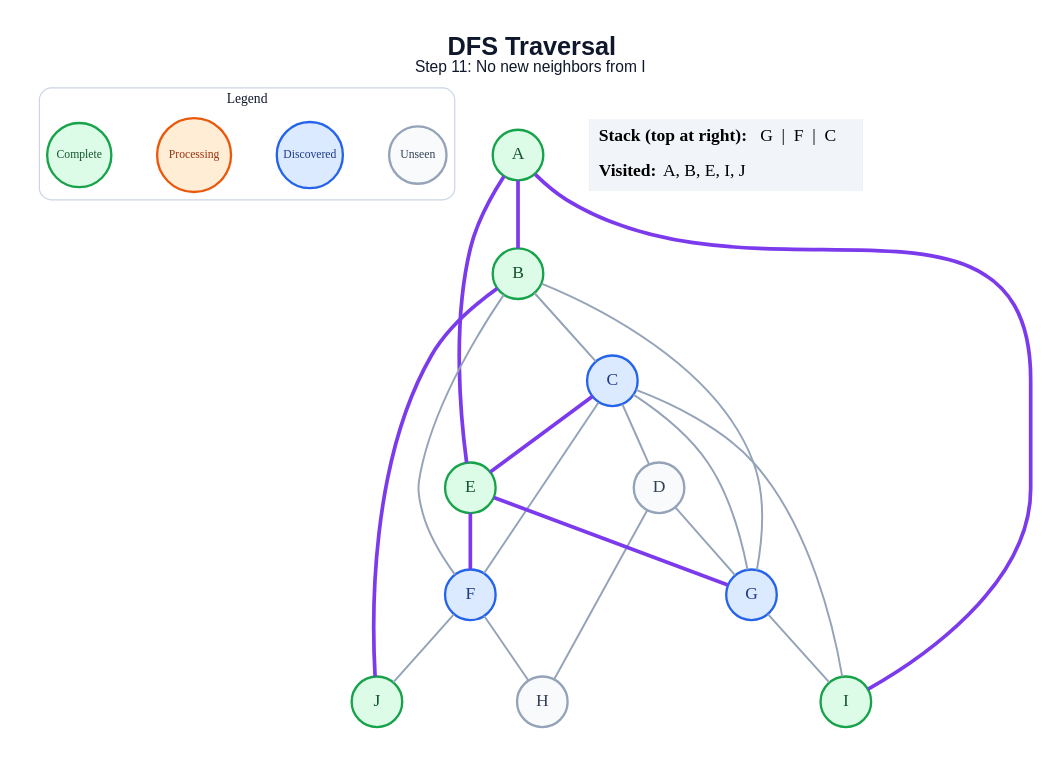
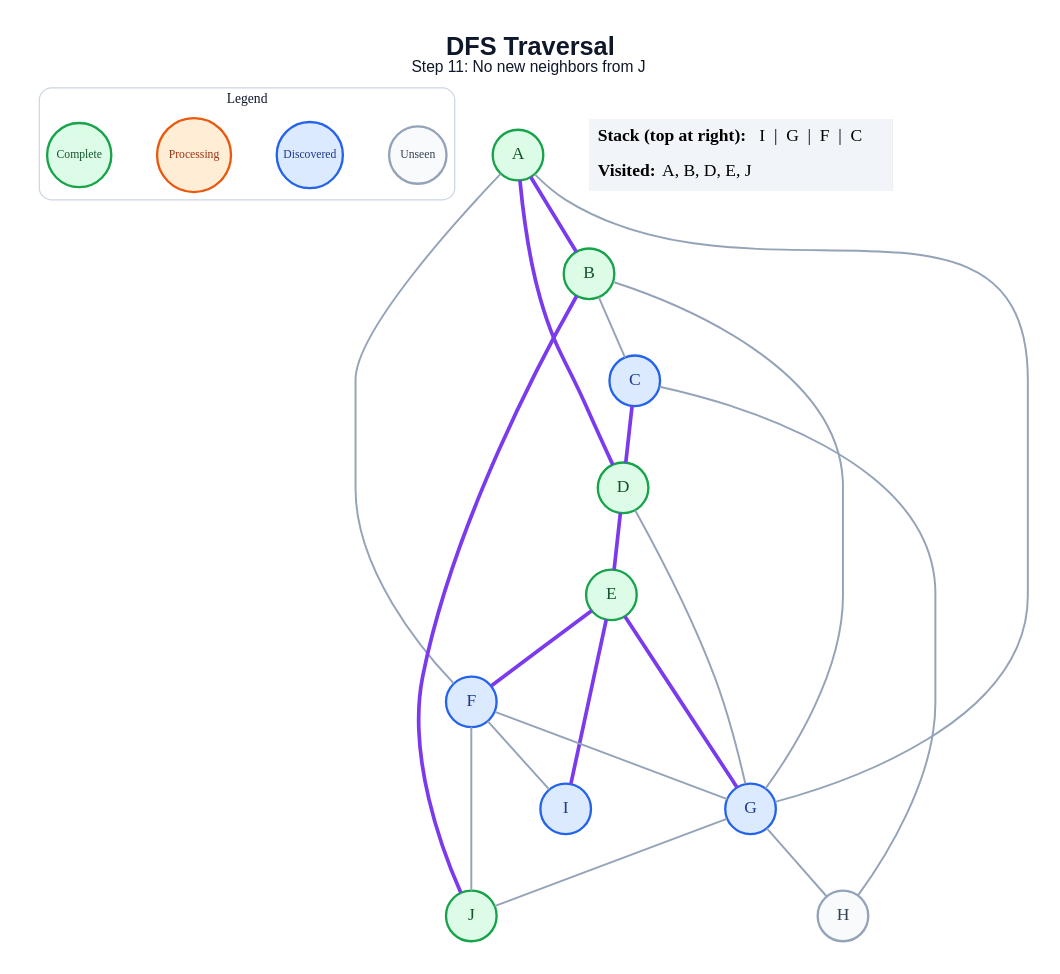
One commit to amanghodawala9/ai-slop changed the diagram in generated/specific-node/dfs/step_11.dot. Above: the diagram before and after it, drawn with Graphviz. The commit also changed 178 other files, not shown here.

```diff
--- a/generated/specific-node/dfs/step_11.dot
+++ b/generated/specific-node/dfs/step_11.dot
@@ -1,48 +1,48 @@
 graph traversal {
   graph [layout=dot, rankdir=TB, bgcolor="#FFFFFF", pad="0.35", nodesep="0.65", ranksep="0.8", fontname="Arial"];
   node [shape=circle, style="filled", fontname="Arial Bold", fontsize=18, width=0.72, fixedsize=true, penwidth=2.4];
   edge [color="#94A3B8", penwidth=2.0];
-  label=<<B>DFS Traversal</B><BR/><FONT POINT-SIZE="16">Step 11: No new neighbors from I</FONT>>; labelloc="t"; fontsize=26; fontname="Arial"; fontcolor="#0F172A";
+  label=<<B>DFS Traversal</B><BR/><FONT POINT-SIZE="16">Step 11: No new neighbors from J</FONT>>; labelloc="t"; fontsize=26; fontname="Arial"; fontcolor="#0F172A";
   subgraph cluster_legend { label="Legend"; color="#CBD5E1"; penwidth=1.2; style="rounded"; fontsize=14; fontname="Arial Bold";
     key_unseen [label="Unseen", fillcolor="#F8FAFC", color="#94A3B8", fontcolor="#334155", fontsize=12, width=0.82];
     key_frontier [label="Discovered", fillcolor="#DBEAFE", color="#2563EB", fontcolor="#1E3A8A", fontsize=12, width=0.95];
     key_current [label="Processing", fillcolor="#FFEDD5", color="#EA580C", fontcolor="#9A3412", fontsize=12, width=1.05];
     key_done [label="Complete", fillcolor="#DCFCE7", color="#16A34A", fontcolor="#14532D", fontsize=12, width=0.92];
     { rank=same; key_unseen; key_frontier; key_current; key_done; }
   }
   A [fillcolor="#DCFCE7", color="#16A34A", fontcolor="#14532D"];
   B [fillcolor="#DCFCE7", color="#16A34A", fontcolor="#14532D"];
   C [fillcolor="#DBEAFE", color="#2563EB", fontcolor="#1E3A8A"];
-  D [fillcolor="#F8FAFC", color="#94A3B8", fontcolor="#334155"];
+  D [fillcolor="#DCFCE7", color="#16A34A", fontcolor="#14532D"];
   E [fillcolor="#DCFCE7", color="#16A34A", fontcolor="#14532D"];
   F [fillcolor="#DBEAFE", color="#2563EB", fontcolor="#1E3A8A"];
   G [fillcolor="#DBEAFE", color="#2563EB", fontcolor="#1E3A8A"];
   H [fillcolor="#F8FAFC", color="#94A3B8", fontcolor="#334155"];
-  I [fillcolor="#DCFCE7", color="#16A34A", fontcolor="#14532D"];
+  I [fillcolor="#DBEAFE", color="#2563EB", fontcolor="#1E3A8A"];
   J [fillcolor="#DCFCE7", color="#16A34A", fontcolor="#14532D"];
   A -- B [color="#7C3AED", penwidth=3.8];
-  A -- E [color="#7C3AED", penwidth=3.8];
-  A -- I [color="#7C3AED", penwidth=3.8];
+  A -- D [color="#7C3AED", penwidth=3.8];
+  A -- F;
+  A -- G;
   B -- C;
-  B -- F;
   B -- G;
   B -- J [color="#7C3AED", penwidth=3.8];
-  C -- D;
-  C -- E [color="#7C3AED", penwidth=3.8];
-  C -- F;
-  C -- G;
-  C -- I;
+  C -- D [color="#7C3AED", penwidth=3.8];
+  C -- H;
+  D -- E [color="#7C3AED", penwidth=3.8];
   D -- G;
-  D -- H;
   E -- F [color="#7C3AED", penwidth=3.8];
   E -- G [color="#7C3AED", penwidth=3.8];
-  F -- H;
+  E -- I [color="#7C3AED", penwidth=3.8];
+  F -- G;
+  F -- I;
   F -- J;
-  G -- I;
+  G -- H;
+  G -- J;
   status [shape=plain, fixedsize=false, width=0, height=0, margin=0, label=<
     <TABLE BORDER="0" CELLBORDER="0" CELLPADDING="7" BGCOLOR="#F1F5F9">
-      <TR><TD ALIGN="LEFT"><B>Stack (top at right):</B> G  |  F  |  C</TD></TR>
-      <TR><TD ALIGN="LEFT"><B>Visited:</B> A, B, E, I, J</TD></TR>
+      <TR><TD ALIGN="LEFT"><B>Stack (top at right):</B> I  |  G  |  F  |  C</TD></TR>
+      <TR><TD ALIGN="LEFT"><B>Visited:</B> A, B, D, E, J</TD></TR>
     </TABLE>
   >];
 }
```
